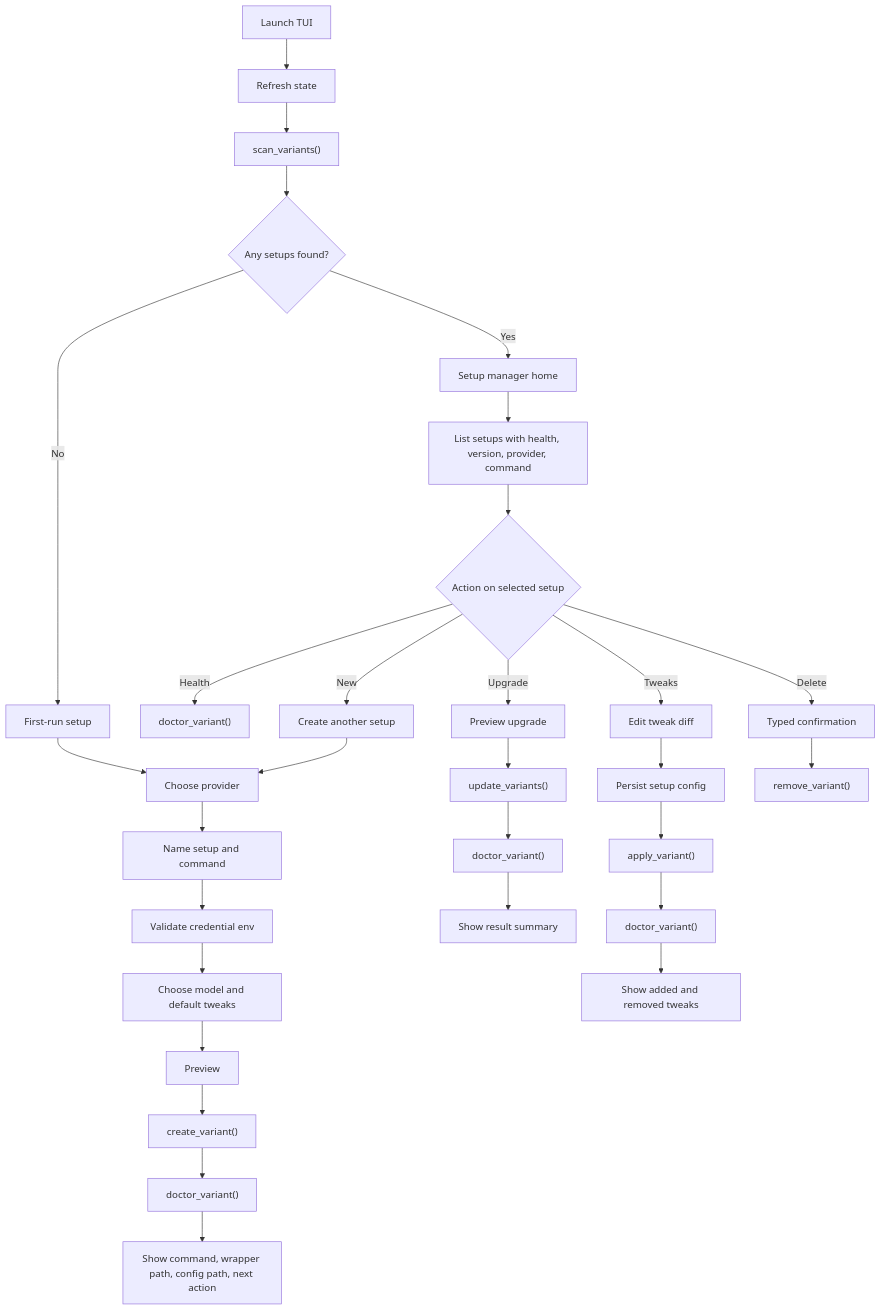
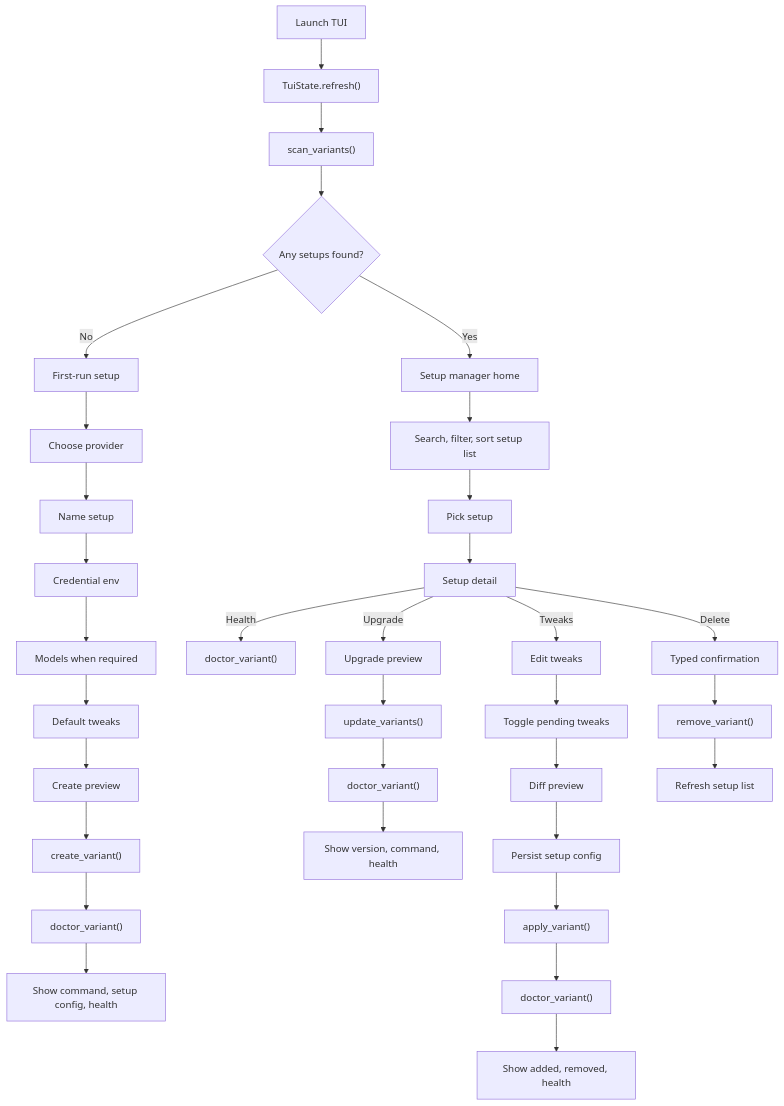
Before and after one commit to whit3rabbit/cc-extract: the diagram in docs/TUI_FLOW.md, drawn with Mermaid. The commit also changed other lines of this file and 6 other files, not shown here.

Commit message:
Refine TUI setup manager flow and telemetry

````diff
--- a/docs/TUI_FLOW.md
+++ b/docs/TUI_FLOW.md
@@ -76,39 +27,40 @@
 ```mermaid
 flowchart TD
-    A["Launch TUI"] --> B["Refresh state"]
+    A["Launch TUI"] --> B["TuiState.refresh()"]
     B --> C["scan_variants()"]
     C --> D{"Any setups found?"}
 
     D -->|No| E["First-run setup"]
     E --> E1["Choose provider"]
-    E1 --> E2["Name setup and command"]
-    E2 --> E3["Validate credential env"]
-    E3 --> E4["Choose model and default tweaks"]
-    E4 --> E5["Preview"]
-    E5 --> E6["create_variant()"]
-    E6 --> E7["doctor_variant()"]
-    E7 --> E8["Show command, wrapper path, config path, next action"]
+    E1 --> E2["Name setup"]
+    E2 --> E3["Credential env"]
+    E3 --> E4["Models when required"]
+    E4 --> E5["Default tweaks"]
+    E5 --> E6["Create preview"]
+    E6 --> E7["create_variant()"]
+    E7 --> E8["doctor_variant()"]
+    E8 --> E9["Show command, setup config, health"]
 
     D -->|Yes| F["Setup manager home"]
-    F --> F1["List setups with health, version, provider, command"]
-    F1 --> F2{"Action on selected setup"}
+    F --> F1["Search, filter, sort setup list"]
+    F1 --> F2["Pick setup"]
+    F2 --> G["Setup detail"]
 
-    F2 -->|Health| G["doctor_variant()"]
+    G -->|Health| H["doctor_variant()"]
+    G -->|Upgrade| I["Upgrade preview"]
+    I --> I1["update_variants()"]
+    I1 --> I2["doctor_variant()"]
+    I2 --> I3["Show version, command, health"]
 
-    F2 -->|Upgrade| H["Preview upgrade"]
-    H --> H1["update_variants()"]
-    H1 --> H2["doctor_variant()"]
-    H2 --> H3["Show result summary"]
+    G -->|Tweaks| J["Edit tweaks"]
+    J --> J1["Toggle pending tweaks"]
+    J1 --> J2["Diff preview"]
+    J2 --> J3["Persist setup config"]
+    J3 --> J4["apply_variant()"]
+    J4 --> J5["doctor_variant()"]
+    J5 --> J6["Show added, removed, health"]
 
-    F2 -->|Tweaks| I["Edit tweak diff"]
-    I --> I1["Persist setup config"]
-    I1 --> I2["apply_variant()"]
-    I2 --> I3["doctor_variant()"]
-    I3 --> I4["Show added and removed tweaks"]
-
-    F2 -->|Delete| J["Typed confirmation"]
-    J --> J1["remove_variant()"]
-
-    F2 -->|New| K["Create another setup"]
-    K --> E1
+    G -->|Delete| K["Typed confirmation"]
+    K --> K1["remove_variant()"]
+    K1 --> K2["Refresh setup list"]
 ```
````
